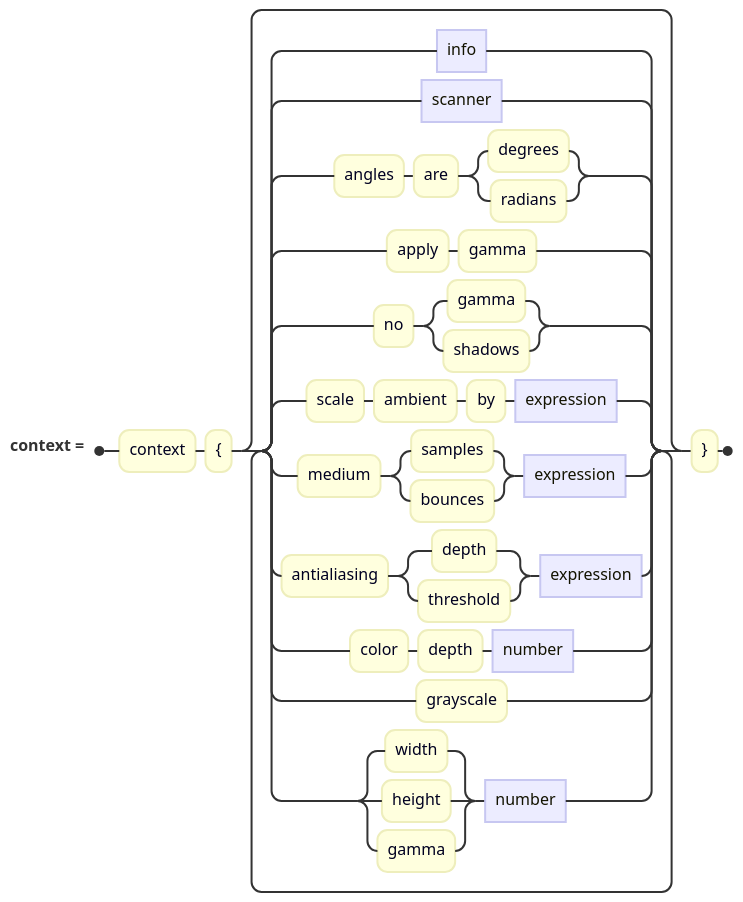
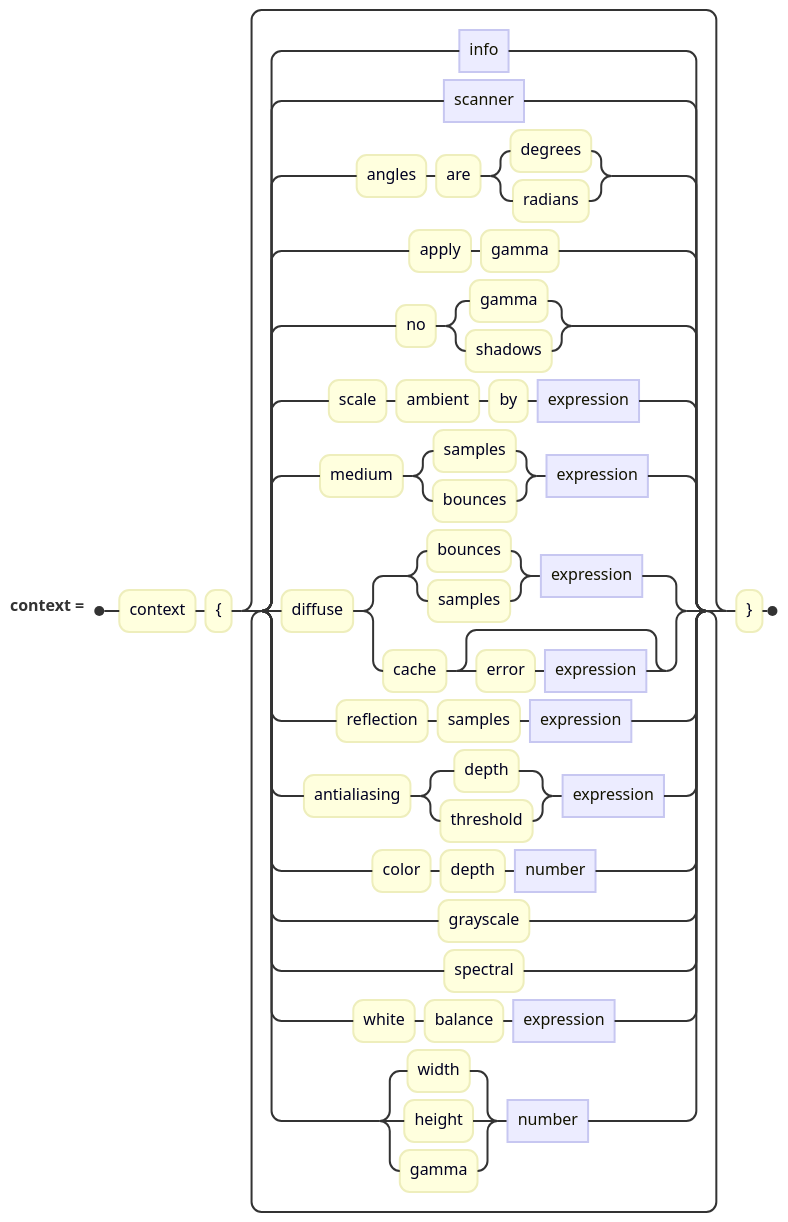
The diagram in docs/diagrams/context/contextClause.mmd (jskress/RayTracer), drawn with Mermaid before and after one commit. The commit also changed 33 other files, not shown here.

```diff
--- a/docs/diagrams/context/contextClause.mmd
+++ b/docs/diagrams/context/contextClause.mmd
@@ -1,10 +1,13 @@
 railroad-ebnf-beta
 title "The context block"
 
 context = "context" "{" { info | scanner | "angles" "are" ( "degrees" | "radians" )
         | "apply" "gamma" | "no" ( "gamma" | "shadows" )
         | "scale" "ambient" "by" expression
         | "medium" ( "samples" | "bounces" ) expression
+        | "diffuse" ( ( "bounces" | "samples" ) expression | "cache" [ "error" expression ] )
+        | "reflection" "samples" expression
         | "antialiasing" ( "depth" | "threshold" ) expression
-        | "color" "depth" number | "grayscale"
+        | "color" "depth" number | "grayscale" | "spectral"
+        | "white" "balance" expression
         | ( "width" | "height" | "gamma" ) number } "}" ;
```
